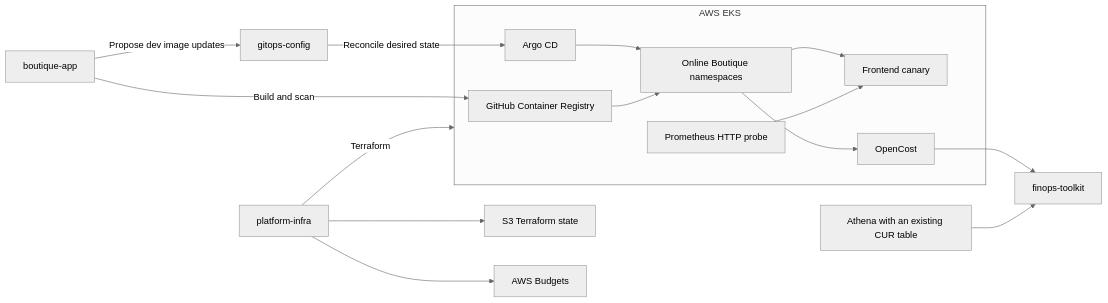
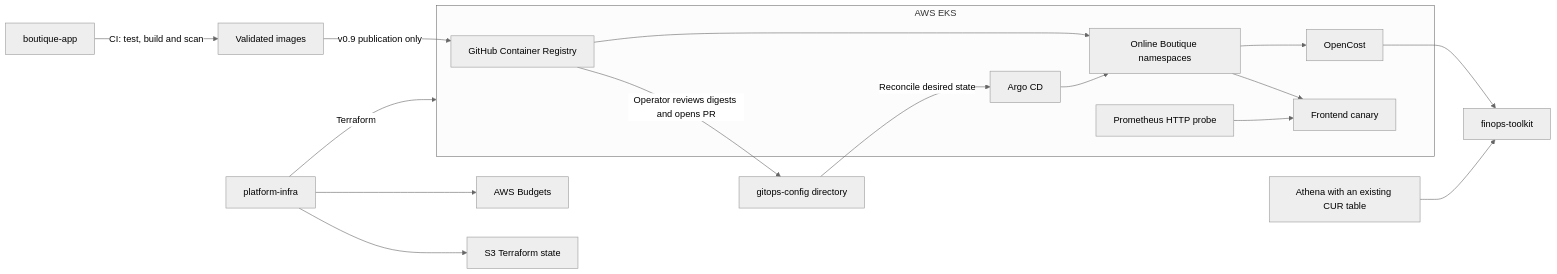
The diagram in .github/docs/architecture/overview.md (workwithcrow12-art/cost-aware-gitops-platform), drawn with Mermaid (neutral theme) before and after one commit. The commit also changed other lines of this file and 160 other files, not shown here.

````diff
--- a/.github/docs/architecture/overview.md
+++ b/.github/docs/architecture/overview.md
@@ -3,18 +3,19 @@
 ```mermaid
 flowchart LR
-    App["boutique-app"] -->|Build and scan| GHCR["GitHub Container Registry"]
-    App -->|Propose dev image updates| Config["gitops-config"]
+    App["boutique-app"] -->|CI: test, build and scan| CI["Validated images"]
+    CI -->|v0.9 publication only| GHCR["GitHub Container Registry"]
+    GHCR -->|Operator reviews digests and opens PR| Config["gitops-config directory"]
     Infra["platform-infra"] -->|Terraform| EKS
     Infra --> State["S3 Terraform state"]
     Infra --> Budget["AWS Budgets"]
     Config -->|Reconcile desired state| Argo["Argo CD"]
     subgraph EKS["AWS EKS"]
         Argo --> Boutique["Online Boutique namespaces"]
         GHCR --> Boutique
         Boutique --> Rollouts["Frontend canary"]
         Prometheus["Prometheus HTTP probe"] --> Rollouts
         Boutique --> OpenCost
     end
     OpenCost --> Report["finops-toolkit"]
     Athena["Athena with an existing CUR table"] --> Report
 ```
````
